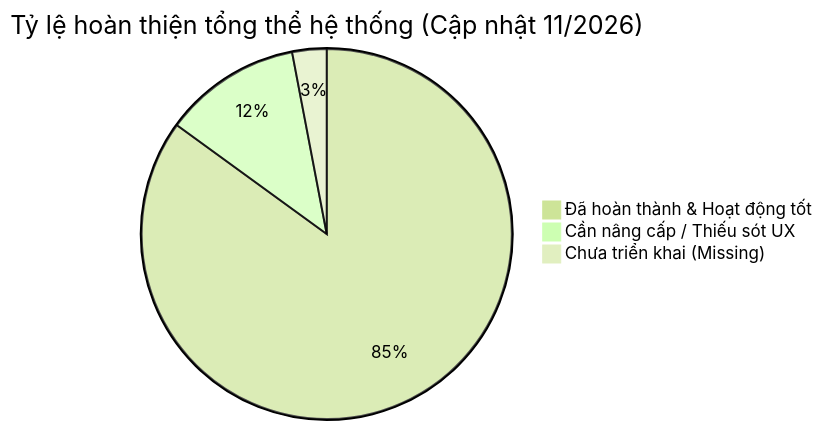
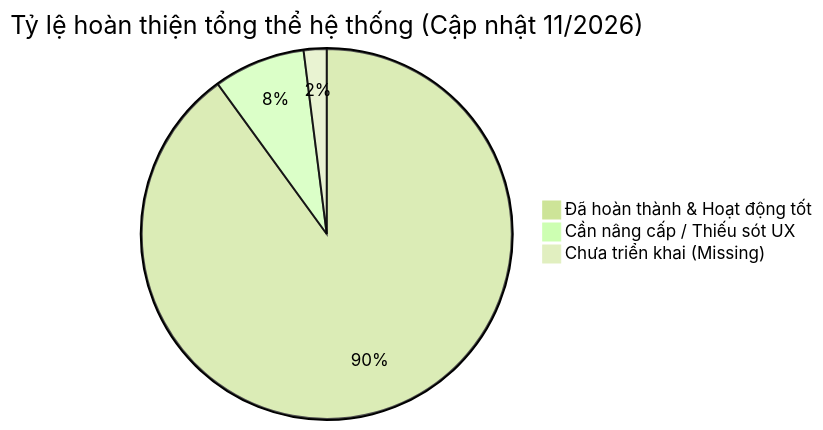
The diagram in docs/SUMMARY.md (lebao2612/E-Communi), drawn with Mermaid (forest theme) before and after one commit. The commit also changed other lines of this file and 1 other file, not shown here.

Commit message:
docs: update full architecture specifications for Auth and User Management

````diff
--- a/docs/SUMMARY.md
+++ b/docs/SUMMARY.md
@@ -42,6 +42,6 @@
 ```mermaid
 pie title Tỷ lệ hoàn thiện tổng thể hệ thống (Cập nhật 11/2026)
-    "Đã hoàn thành & Hoạt động tốt" : 85
-    "Cần nâng cấp / Thiếu sót UX" : 12
-    "Chưa triển khai (Missing)" : 3
+    "Đã hoàn thành & Hoạt động tốt" : 90
+    "Cần nâng cấp / Thiếu sót UX" : 8
+    "Chưa triển khai (Missing)" : 2
 ```
````
